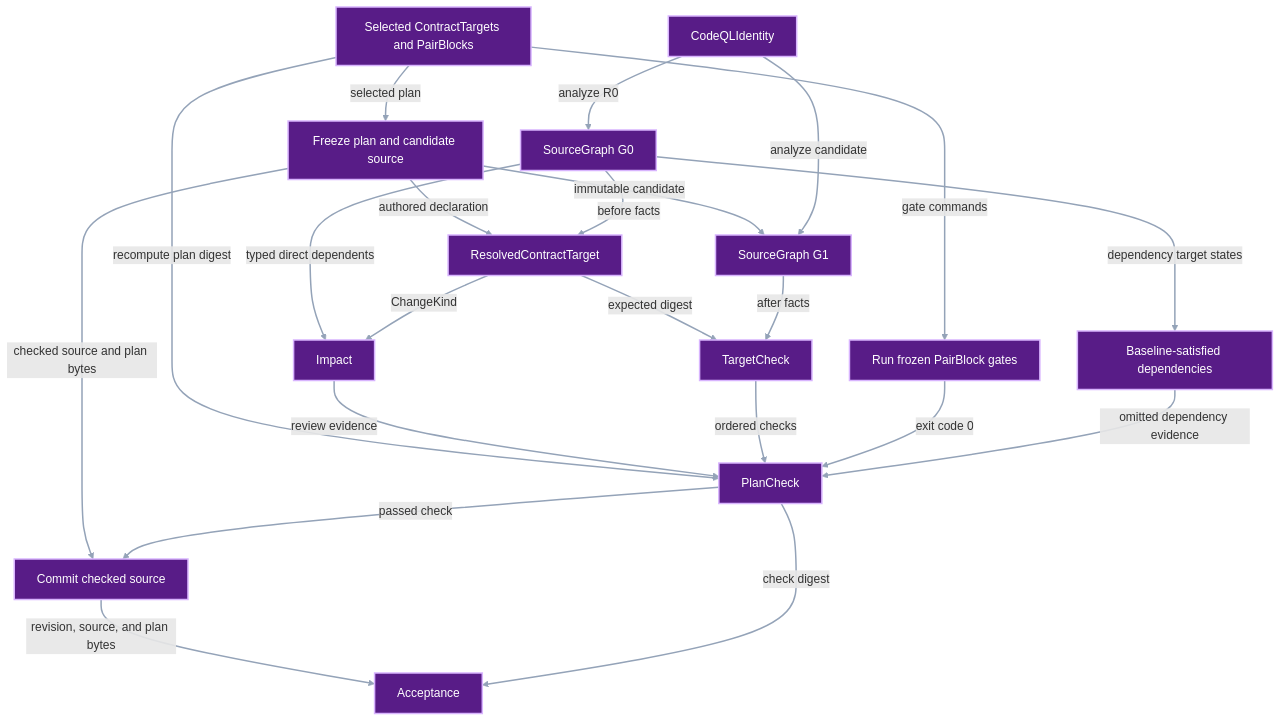
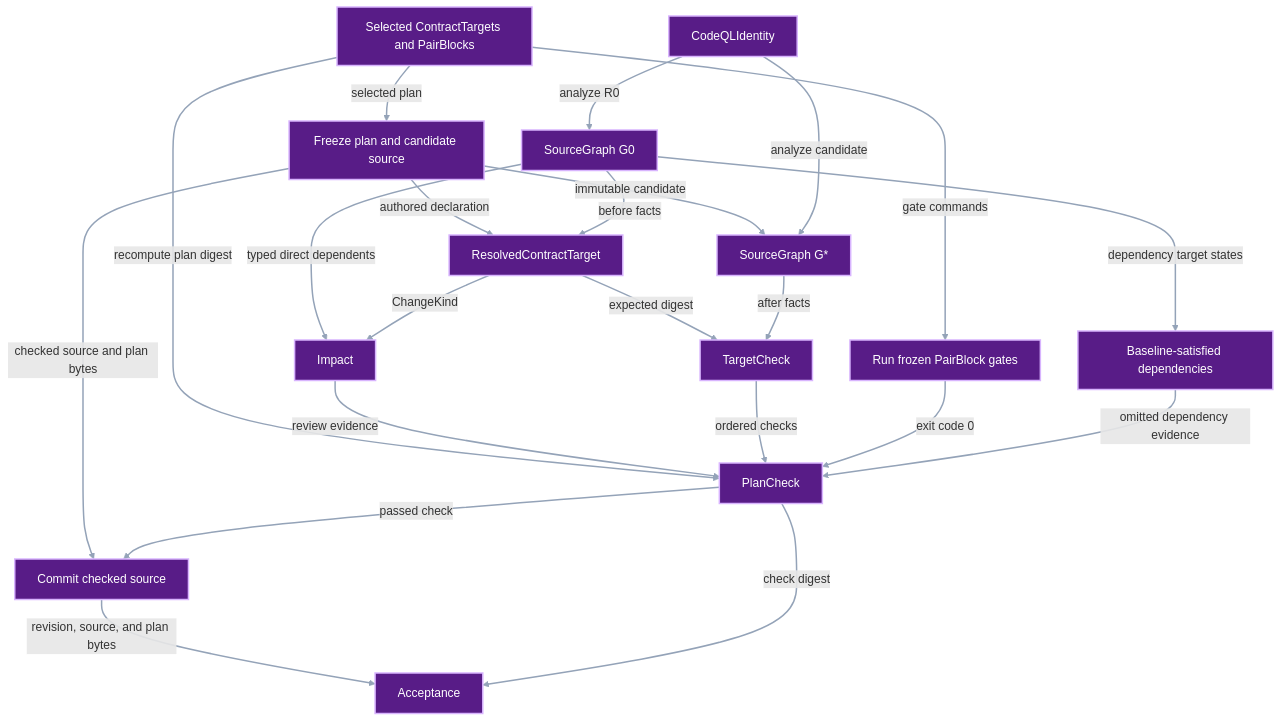
Before and after one commit to pvd232/viper: the second of 3 diagrams in docs/development/system-impact-compiler.md, drawn with Mermaid. The commit also changed other lines of this file and 5 other files, not shown here.

````diff
--- a/docs/development/system-impact-compiler.md
+++ b/docs/development/system-impact-compiler.md
@@ -147,42 +191,42 @@
 ```mermaid
 flowchart TB
     Plan["Selected ContractTargets and PairBlocks"]
     Freeze["Freeze plan and candidate source"]
     Identity["CodeQLIdentity"]
     Baseline["SourceGraph G0"]
     Impact["Impact"]
-    Realized["SourceGraph G1"]
+    Realized["SourceGraph G*"]
     Resolved["ResolvedContractTarget"]
     Target["TargetCheck"]
     Gates["Run frozen PairBlock gates"]
     Dependencies["Baseline-satisfied dependencies"]
     Check["PlanCheck"]
     Commit["Commit checked source"]
     Acceptance["Acceptance"]
 
     Plan -->|"selected plan"| Freeze
     Plan -->|"recompute plan digest"| Check
     Identity -->|"analyze R0"| Baseline
     Baseline -->|"typed direct dependents"| Impact
     Freeze -->|"authored declaration"| Resolved
     Freeze -->|"immutable candidate"| Realized
     Identity -->|"analyze candidate"| Realized
     Baseline -->|"before facts"| Resolved
     Resolved -->|"ChangeKind"| Impact
     Resolved -->|"expected digest"| Target
     Realized -->|"after facts"| Target
     Impact -->|"review evidence"| Check
     Target -->|"ordered checks"| Check
     Plan -->|"gate commands"| Gates
     Gates -->|"exit code 0"| Check
     Baseline -->|"dependency target states"| Dependencies
     Dependencies -->|"omitted dependency evidence"| Check
     Freeze -->|"checked source and plan bytes"| Commit
     Check -->|"passed check"| Commit
     Commit -->|"revision, source, and plan bytes"| Acceptance
     Check -->|"check digest"| Acceptance
 
     class Plan,Freeze,Identity,Baseline,Impact,Realized,Resolved,Target,Gates,Dependencies,Check,Commit,Acceptance proposed
     classDef proposed fill:#581c87,stroke:#d8b4fe,color:#ffffff,stroke-width:2px
     linkStyle default stroke:#94a3b8,stroke-width:2px
 ```
````
